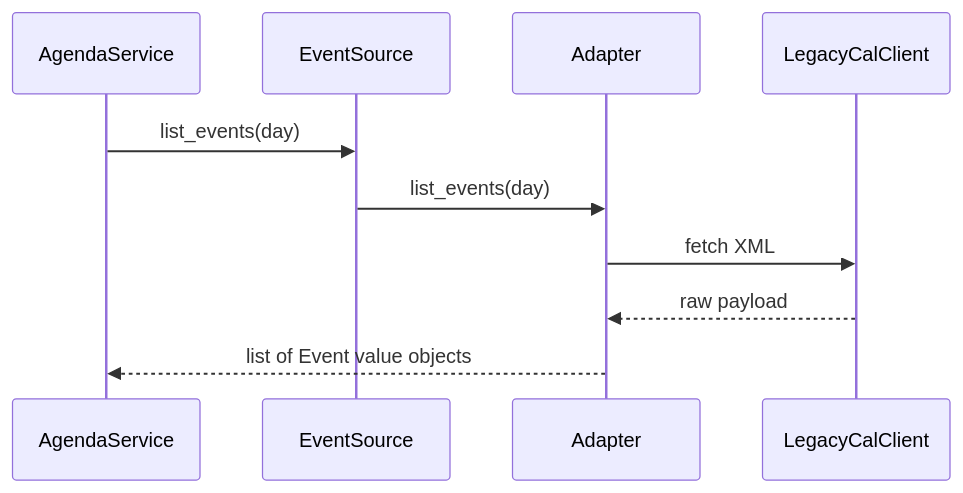
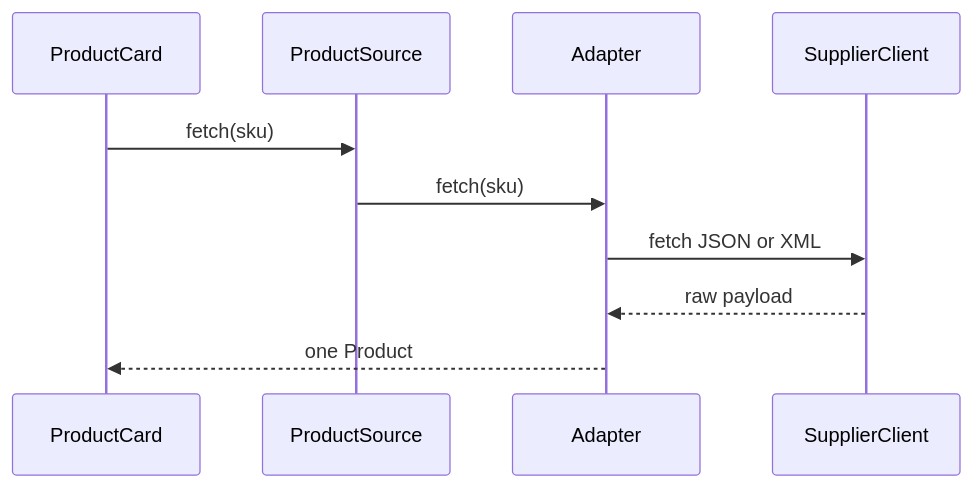
One commit to dhrumil0402/DesignPatternsMats-2026 changed the diagram in materials/guides/05-adapter.md. Above: the diagram before and after it, drawn with Mermaid. The commit also changed other lines of this file, not shown here.

````diff
--- a/materials/guides/05-adapter.md
+++ b/materials/guides/05-adapter.md
@@ -60,12 +60,12 @@
 ```mermaid
 sequenceDiagram
-  participant Client as AgendaService
-  participant Port as EventSource
+  participant Client as ProductCard
+  participant Port as ProductSource
   participant Adapter
-  participant Legacy as LegacyCalClient
-  Client->>Port: list_events(day)
-  Port->>Adapter: list_events(day)
-  Adapter->>Legacy: fetch XML
-  Legacy-->>Adapter: raw payload
-  Adapter-->>Client: list of Event value objects
+  participant Supplier as SupplierClient
+  Client->>Port: fetch(sku)
+  Port->>Adapter: fetch(sku)
+  Adapter->>Supplier: fetch JSON or XML
+  Supplier-->>Adapter: raw payload
+  Adapter-->>Client: one Product
 ```
````
